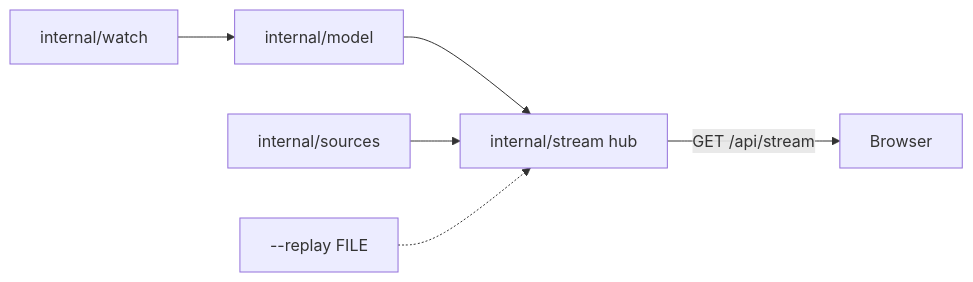
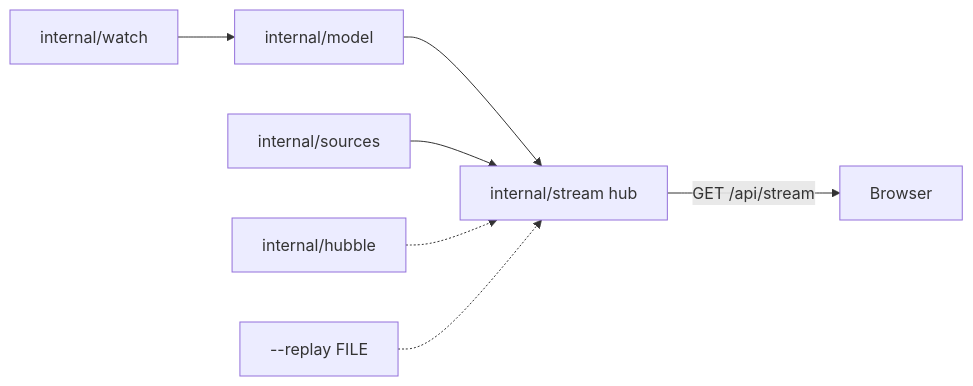
Before and after one commit to kesokaj/visual-kubernetes: the second of 2 diagrams in SDD.md, drawn with Mermaid. The commit also changed other lines of this file and 34 other files, not shown here.

Commit message:
Phase 6: Hubble Relay + Prometheus traffic flows, Canvas 2D particles, Cilium kind + 04-traffic

````diff
--- a/SDD.md
+++ b/SDD.md
@@ -39,7 +43,8 @@
 ```mermaid
 flowchart LR
   watch["internal/watch"] --> model["internal/model"] --> hub["internal/stream hub"]
   sources["internal/sources"] --> hub
+  hubble["internal/hubble"] -.-> hub
   replay["--replay FILE"] -.-> hub
   hub -->|"GET /api/stream"| page["Browser"]
 ```
````
